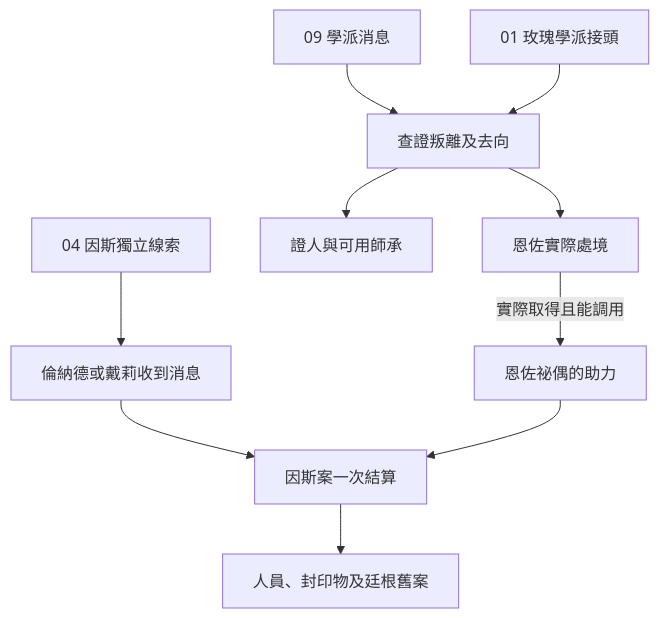
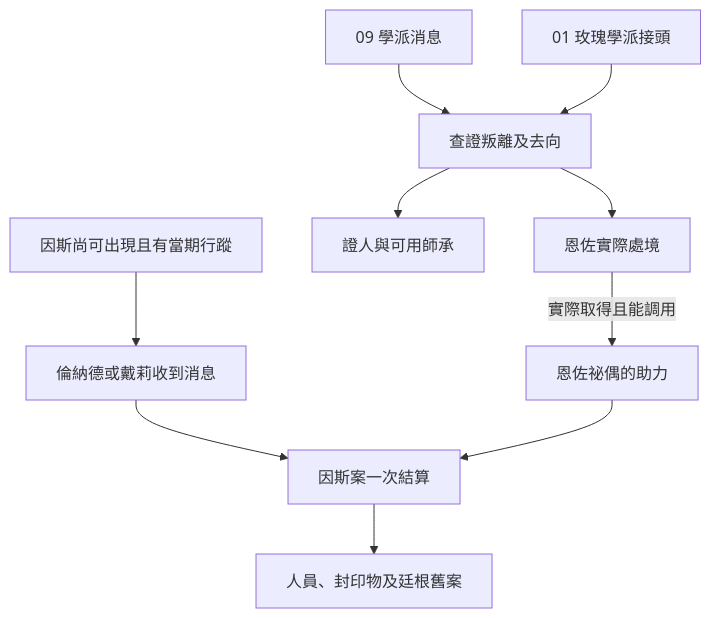
The diagram in game/events/west_balam_enzo_ince_story_v1.md (dragon961204-cmd/-), drawn with Mermaid before and after one commit. The commit also changed other lines of this file and 23 other files, not shown here.

````diff
--- a/game/events/west_balam_enzo_ince_story_v1.md
+++ b/game/events/west_balam_enzo_ince_story_v1.md
@@ -49,12 +51,12 @@
 ```mermaid
 flowchart TD
     A["09 學派消息"] --> C["查證叛離及去向"]
     B["01 玫瑰學派接頭"] --> C
     C --> D["恩佐實際處境"]
     C --> E["證人與可用師承"]
-    F["04 因斯獨立線索"] --> G["倫納德或戴莉收到消息"]
+    F["因斯尚可出現且有當期行蹤"] --> G["倫納德或戴莉收到消息"]
     D -->|"實際取得且能調用"| H["恩佐祕偶的助力"]
     G --> I["因斯案一次結算"]
     H --> I
     I --> J["人員、封印物及廷根舊案"]
 ```
````
